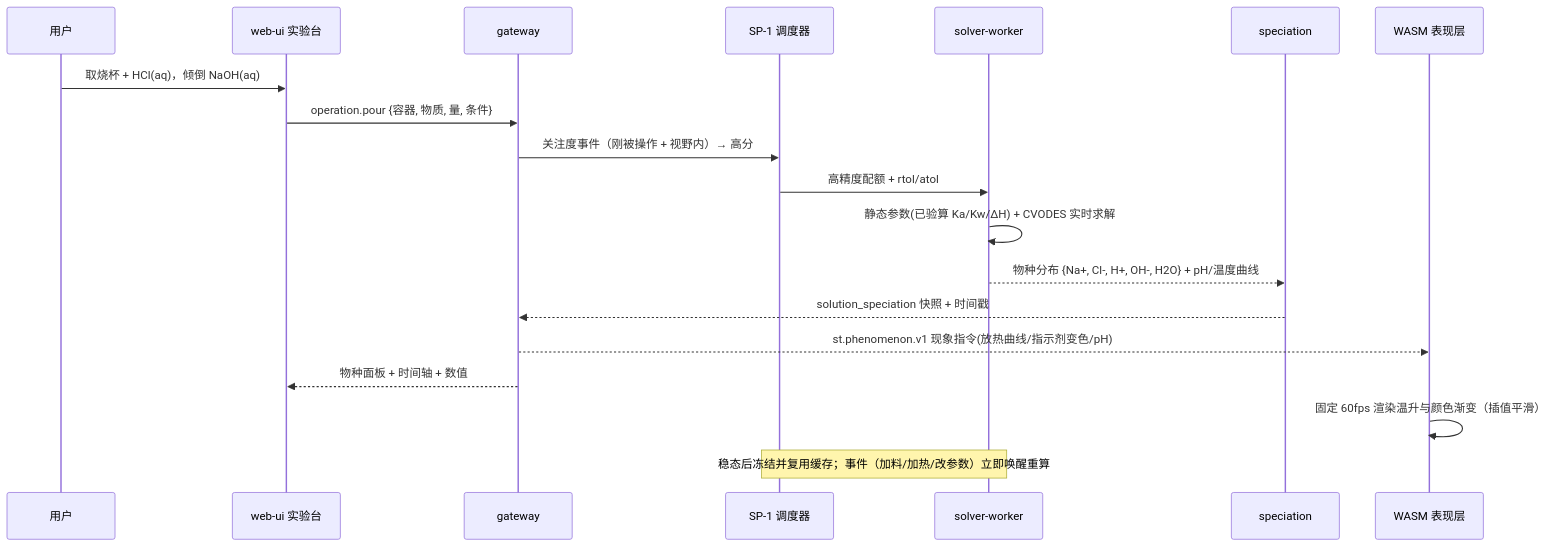
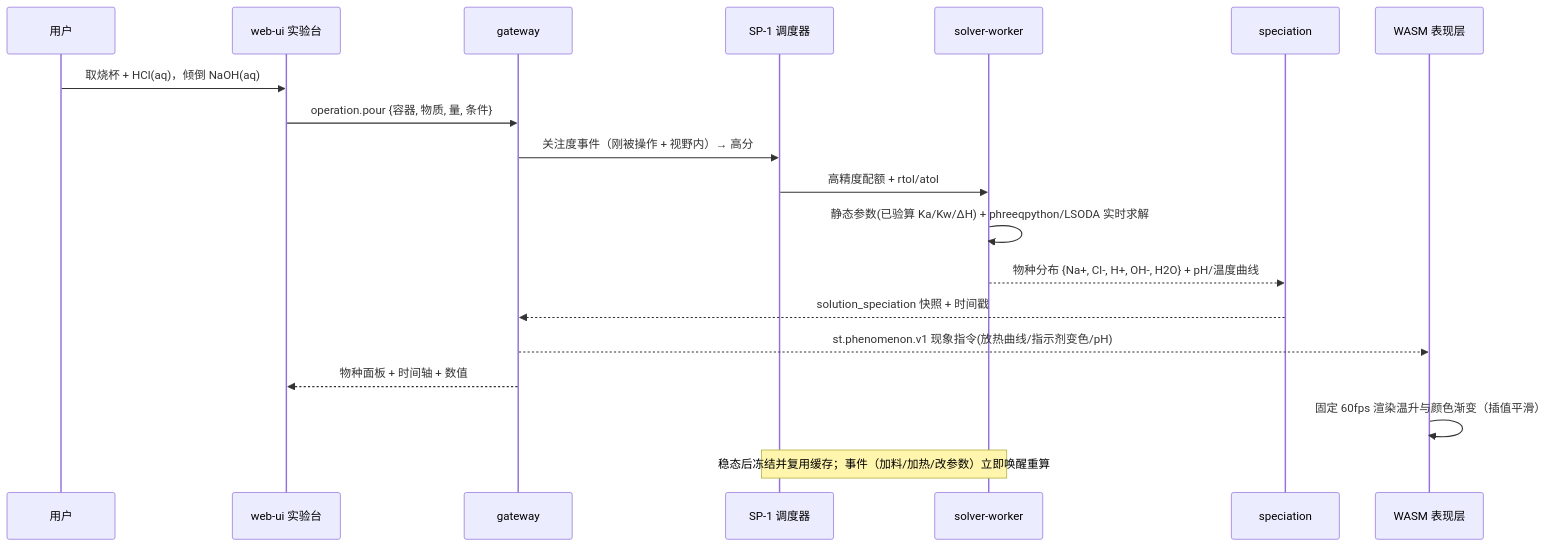
The second of 2 diagrams in docs/design/01-总体架构.md (stellarissss/open-chem-lab), drawn with Mermaid before and after one commit. The commit also changed other lines of this file and 38 other files, not shown here.

````diff
--- a/docs/design/01-总体架构.md
+++ b/docs/design/01-总体架构.md
@@ -128,21 +129,21 @@
 ```mermaid
 sequenceDiagram
     participant U as 用户
     participant UI as web-ui 实验台
     participant GW as gateway
     participant SCH as SP-1 调度器
     participant SV as solver-worker
     participant SP as speciation
     participant W as WASM 表现层
     U->>UI: 取烧杯 + HCl(aq)，倾倒 NaOH(aq)
     UI->>GW: operation.pour {容器, 物质, 量, 条件}
     GW->>SCH: 关注度事件（刚被操作 + 视野内）→ 高分
     SCH->>SV: 高精度配额 + rtol/atol
-    SV->>SV: 静态参数(已验算 Ka/Kw/ΔH) + CVODES 实时求解
+    SV->>SV: 静态参数(已验算 Ka/Kw/ΔH) + phreeqpython/LSODA 实时求解
     SV-->>SP: 物种分布 {Na+, Cl-, H+, OH-, H2O} + pH/温度曲线
     SP-->>GW: solution_speciation 快照 + 时间戳
     GW-->>W: st.phenomenon.v1 现象指令(放热曲线/指示剂变色/pH)
     GW-->>UI: 物种面板 + 时间轴 + 数值
     W->>W: 固定 60fps 渲染温升与颜色渐变（插值平滑）
     Note over SCH,SV: 稳态后冻结并复用缓存；事件（加料/加热/改参数）立即唤醒重算
 ```
````
